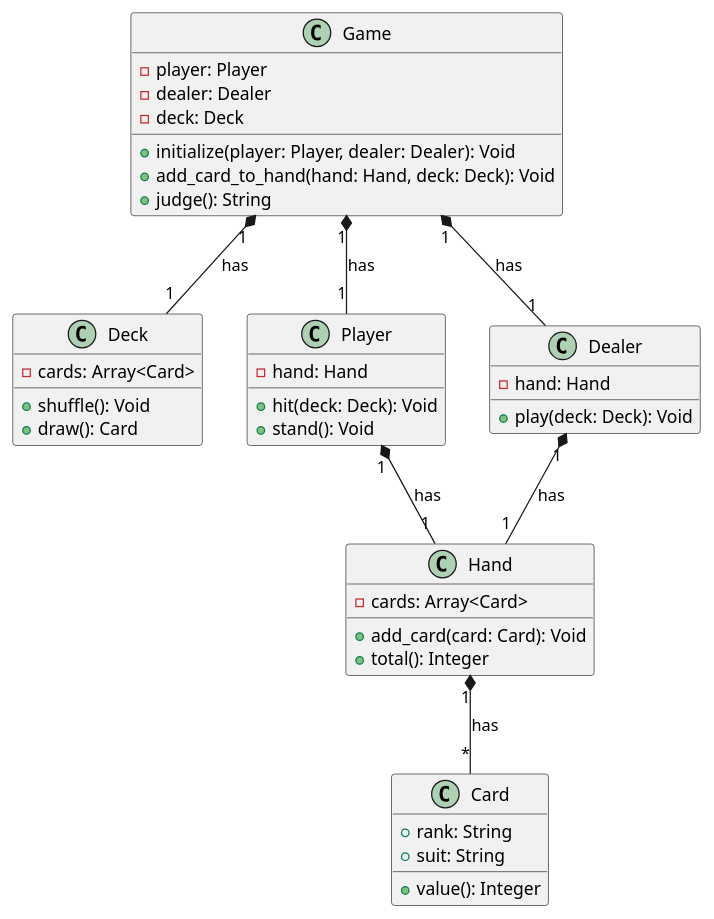
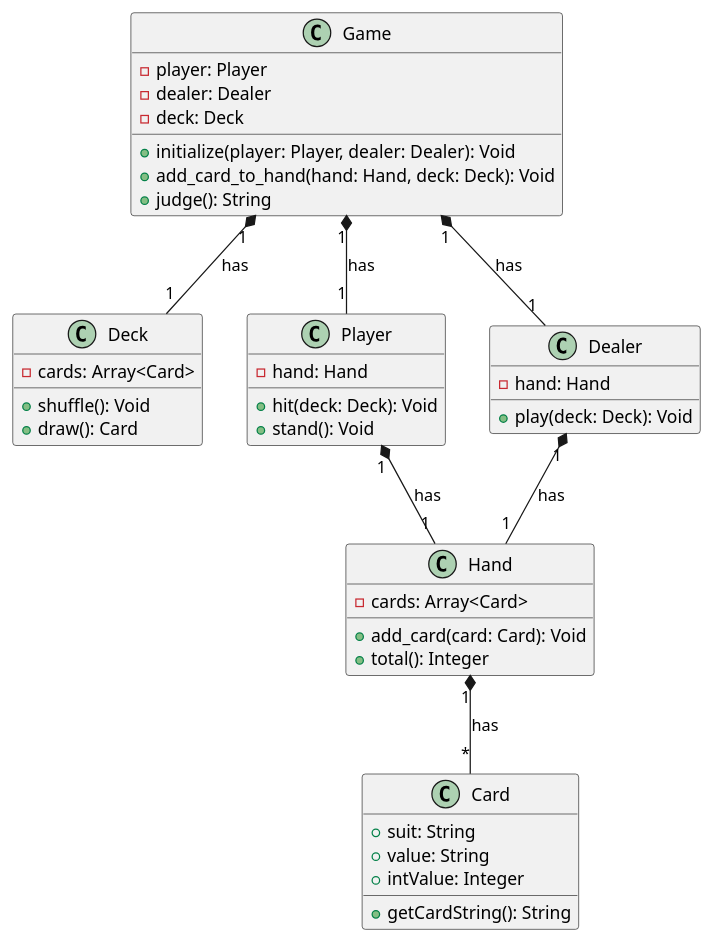
Before and after one commit to takeshi-arihori/apprentice-practice: the diagram in quests/quests_week1-2/quest_blackjack/class_diagram.pu, drawn with PlantUML. The commit also changed 6 other files, not shown here.

```diff
--- a/quests/quests_week1-2/quest_blackjack/class_diagram.pu
+++ b/quests/quests_week1-2/quest_blackjack/class_diagram.pu
@@ -1,48 +1,50 @@
 @startuml blackjack
 
 class Card {
-  +rank: String
   +suit: String
-  +value(): Integer
+  +value: String
+  +intValue: Integer
+
+  +getCardString(): String
 }
 
 class Deck {
   -cards: Array<Card>
   +shuffle(): Void
   +draw(): Card
 }
 
 class Hand {
   -cards: Array<Card>
   +add_card(card: Card): Void
   +total(): Integer
 }
 
 class Player {
   -hand: Hand
   +hit(deck: Deck): Void
   +stand(): Void
 }
 
 class Dealer {
   -hand: Hand
   +play(deck: Deck): Void
 }
 
 class Game {
   -player: Player
   -dealer: Dealer
   -deck: Deck
   +initialize(player: Player, dealer: Dealer): Void
   +add_card_to_hand(hand: Hand, deck: Deck): Void
   +judge(): String
 }
 
 Game "1" *-- "1" Player : has
 Game "1" *-- "1" Dealer : has
 Game "1" *-- "1" Deck : has
 Player "1" *-- "1" Hand : has
 Dealer "1" *-- "1" Hand : has
 Hand "1" *-- "*" Card : has
 
 @enduml
```
